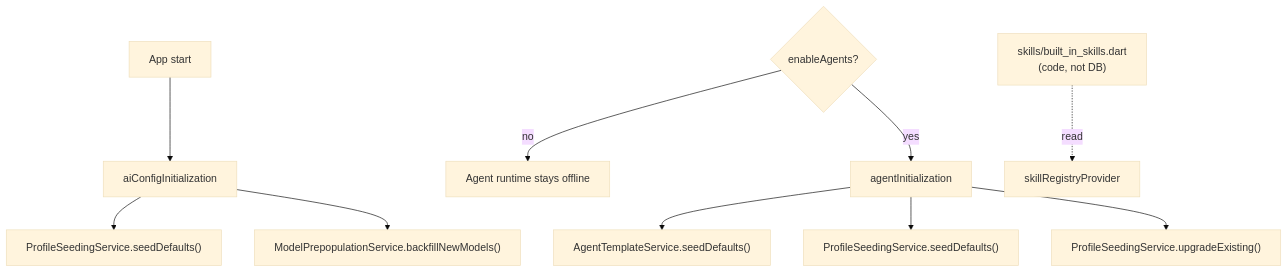
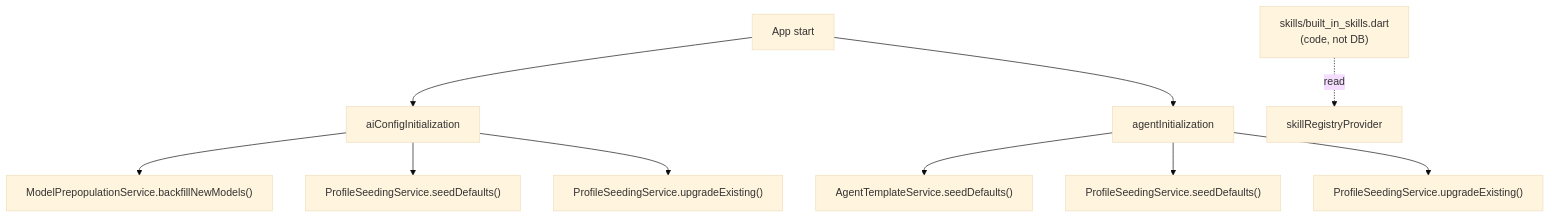
One commit to matthiasn/lotti changed the first of 10 diagrams in lib/features/ai/README.md. Above: the diagram before and after it, drawn with Mermaid (base theme). The commit also changed other lines of this file and 43 other files, not shown here.

````diff
--- a/lib/features/ai/README.md
+++ b/lib/features/ai/README.md
@@ -14,14 +14,14 @@
 ```mermaid
 flowchart TD
   Start["App start"] --> AIInit["aiConfigInitialization"]
+  AIInit --> BackfillModels["ModelPrepopulationService.backfillNewModels()"]
   AIInit --> SeedProfiles["ProfileSeedingService.seedDefaults()"]
-  AIInit --> BackfillModels["ModelPrepopulationService.backfillNewModels()"]
+  AIInit --> UpgradeProfilesAI["ProfileSeedingService.upgradeExisting()"]
 
-  Flag{"enableAgents?"} -->|no| Skip["Agent runtime stays offline"]
-  Flag -->|yes| AgentInit["agentInitialization"]
+  Start --> AgentInit["agentInitialization"]
   AgentInit --> SeedTemplates["AgentTemplateService.seedDefaults()"]
   AgentInit --> SeedProfilesAgain["ProfileSeedingService.seedDefaults()"]
   AgentInit --> UpgradeProfiles["ProfileSeedingService.upgradeExisting()"]
 
   Skills["skills/built_in_skills.dart<br/>(code, not DB)"] -.read.-> Registry["skillRegistryProvider"]
 ```
````
